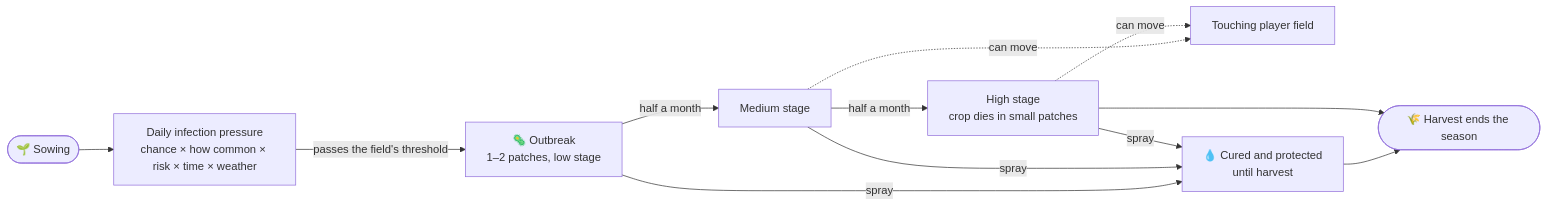
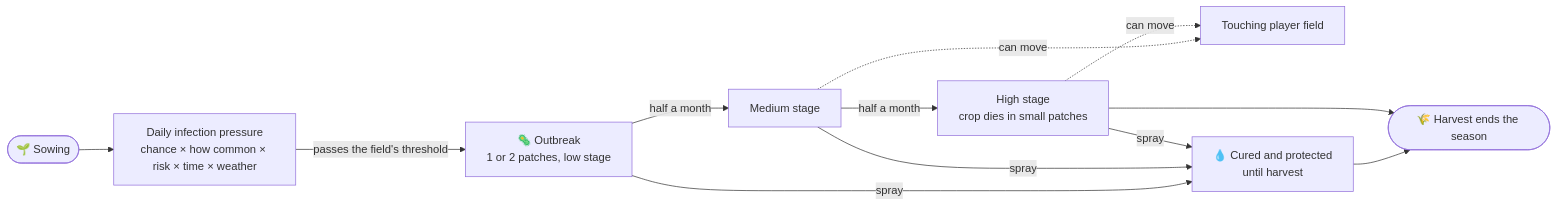
The diagram in README.md (MatrikSky/Field_Health_-_Crop_Diseases_-_Pests), drawn with Mermaid before and after one commit. The commit also changed other lines of this file, not shown here.

````diff
--- a/README.md
+++ b/README.md
@@ -88,14 +90,14 @@
 ```mermaid
 flowchart LR
     sowing([🌱 Sowing]) --> pressure["Daily infection pressure<br/>chance × how common × risk × time × weather"]
-    pressure -->|"passes the field's threshold"| low["🦠 Outbreak<br/>1–2 patches, low stage"]
+    pressure -->|"passes the field's threshold"| low["🦠 Outbreak<br/>1 or 2 patches, low stage"]
     low -->|half a month| medium["Medium stage"]
     medium -->|half a month| high["High stage<br/>crop dies in small patches"]
     medium -.->|can move| neighbour["Touching player field"]
     high -.->|can move| neighbour
     low -->|spray| cured["💧 Cured and protected<br/>until harvest"]
     medium -->|spray| cured
     high -->|spray| cured
     cured --> harvest([🌾 Harvest ends the season])
     high --> harvest
 ```
````
